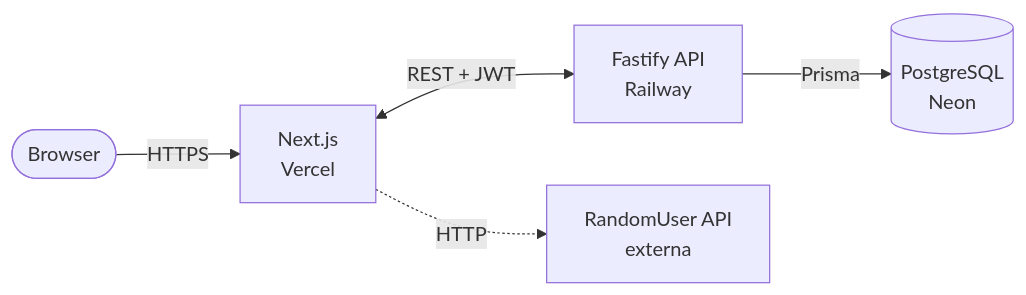
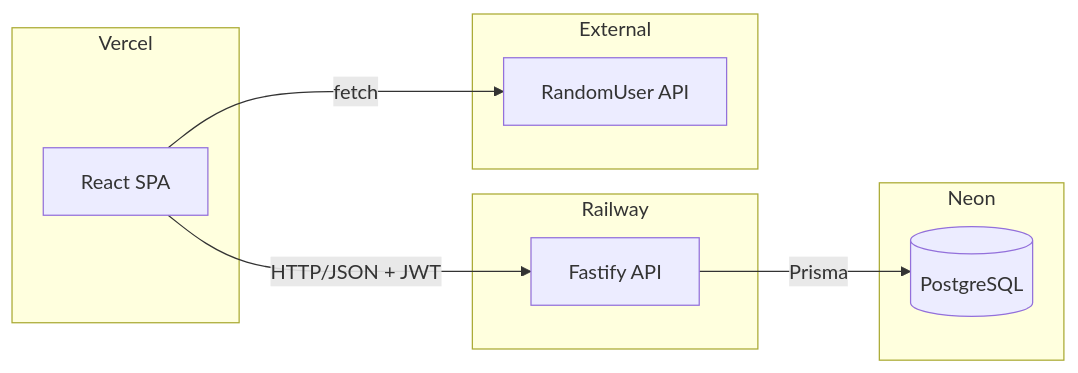
The first of 2 diagrams in README.md (vlacerdalima/CourseSphere), drawn with Mermaid before and after one commit. The commit also changed other lines of this file, not shown here.

````diff
--- a/README.md
+++ b/README.md
@@ -29,13 +51,19 @@
 ```mermaid
-flowchart LR
-    Browser([Browser])
-    Next[Next.js<br/>Vercel]
-    API[Fastify API<br/>Railway]
-    DB[(PostgreSQL<br/>Neon)]
-    Ext[RandomUser API<br/>externa]
+graph LR
+    subgraph Vercel
+        FE[React SPA]
+    end
+    subgraph Railway
+        BE[Fastify API]
+    end
+    subgraph Neon
+        DB[(PostgreSQL)]
+    end
+    subgraph External
+        RU[RandomUser API]
+    end
 
-    Browser -- HTTPS --> Next
-    Next <-- REST + JWT --> API
-    API -- Prisma --> DB
-    Next -. HTTP .-> Ext
+    FE -->|HTTP/JSON + JWT| BE
+    BE -->|Prisma| DB
+    FE -->|fetch| RU
 ```
````
